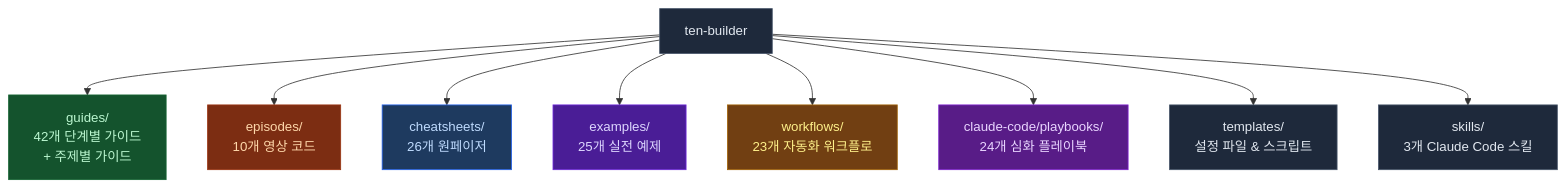
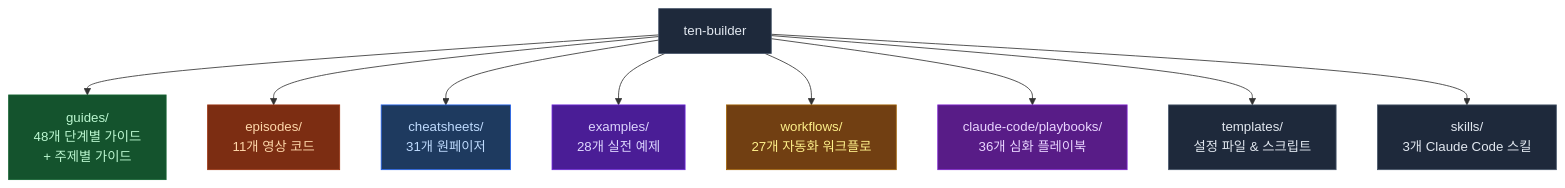
The first of 2 diagrams in README.md (AndrewRoh/ten-builder), drawn with Mermaid before and after one commit. The commit also changed other lines of this file, not shown here.

Commit message:
docs: README sync -- guides 44-48, playbooks 31-36, cheatsheets, workflows, examples, EP11 (#162)

````diff
--- a/README.md
+++ b/README.md
@@ -23,21 +23,21 @@
 ```mermaid
 flowchart TD
-    R["ten-builder"] --> G["guides/\n42개 단계별 가이드\n+ 주제별 가이드"]
-    R --> E["episodes/\n10개 영상 코드"]
-    R --> C["cheatsheets/\n26개 원페이저"]
-    R --> EX["examples/\n25개 실전 예제"]
-    R --> W["workflows/\n23개 자동화 워크플로"]
-    R --> P["claude-code/playbooks/\n24개 심화 플레이북"]
+    R["ten-builder"] --> G["guides/\n48개 단계별 가이드\n+ 주제별 가이드"]
+    R --> E["episodes/\n11개 영상 코드"]
+    R --> C["cheatsheets/\n31개 원페이저"]
+    R --> EX["examples/\n28개 실전 예제"]
+    R --> W["workflows/\n27개 자동화 워크플로"]
+    R --> P["claude-code/playbooks/\n36개 심화 플레이북"]
     R --> T["templates/\n설정 파일 & 스크립트"]
     R --> S["skills/\n3개 Claude Code 스킬"]
 
     style R fill:#1e293b,stroke:#475569,color:#e2e8f0
     style G fill:#14532d,stroke:#166534,color:#bbf7d0
     style E fill:#7c2d12,stroke:#9a3412,color:#fed7aa
     style C fill:#1e3a5f,stroke:#2563eb,color:#bfdbfe
     style EX fill:#4a1d96,stroke:#6d28d9,color:#ddd6fe
     style W fill:#713f12,stroke:#a16207,color:#fef08a
     style P fill:#581c87,stroke:#7e22ce,color:#e9d5ff
     style T fill:#1e293b,stroke:#475569,color:#e2e8f0
     style S fill:#1e293b,stroke:#475569,color:#e2e8f0
 ```
````
